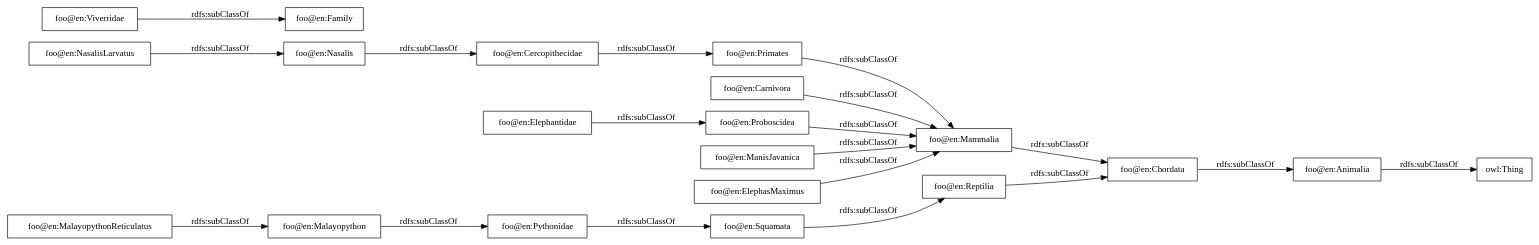
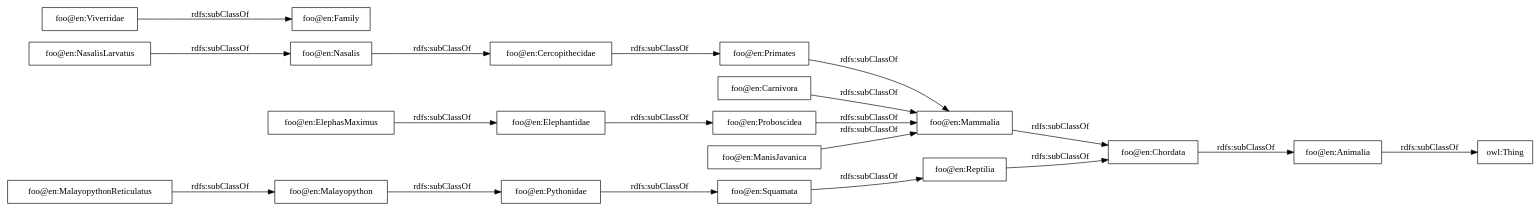
Before and after one commit to Naeima/foo_html: the diagram in OnToology/doc.ttl/diagrams/ar2dtool-taxonomy/doc.ttl.png.dot, drawn with Graphviz. The commit also changed 11 other files, not shown here.

```diff
--- a/OnToology/doc.ttl/diagrams/ar2dtool-taxonomy/doc.ttl.png.dot
+++ b/OnToology/doc.ttl/diagrams/ar2dtool-taxonomy/doc.ttl.png.dot
@@ -1,24 +1,24 @@
 digraph ar2dtool_diagram { 
 rankdir=LR;
 size="1000"
 node [shape = rectangle, color="black"]; "foo@en:Squamata" "foo@en:Mammalia" "foo@en:Animalia" "foo@en:Primates" "foo@en:Carnivora" "foo@en:Viverridae" "foo@en:Elephantidae" "foo@en:Reptilia" "foo@en:Proboscidea" "foo@en:Chordata" ; /*classes style*/
 	"foo@en:Cercopithecidae" -> "foo@en:Primates" [ label = "rdfs:subClassOf" ];
 	"foo@en:Chordata" -> "foo@en:Animalia" [ label = "rdfs:subClassOf" ];
 	"foo@en:Squamata" -> "foo@en:Reptilia" [ label = "rdfs:subClassOf" ];
 	"foo@en:Elephantidae" -> "foo@en:Proboscidea" [ label = "rdfs:subClassOf" ];
 	"foo@en:Proboscidea" -> "foo@en:Mammalia" [ label = "rdfs:subClassOf" ];
 	"foo@en:Reptilia" -> "foo@en:Chordata" [ label = "rdfs:subClassOf" ];
 	"foo@en:ManisJavanica" -> "foo@en:Mammalia" [ label = "rdfs:subClassOf" ];
 	"foo@en:Nasalis" -> "foo@en:Cercopithecidae" [ label = "rdfs:subClassOf" ];
 	"foo@en:Viverridae" -> "foo@en:Family" [ label = "rdfs:subClassOf" ];
-	"foo@en:ElephasMaximus" -> "foo@en:Mammalia" [ label = "rdfs:subClassOf" ];
+	"foo@en:ElephasMaximus" -> "foo@en:Elephantidae" [ label = "rdfs:subClassOf" ];
 	"foo@en:Animalia" -> "owl:Thing" [ label = "rdfs:subClassOf" ];
 	"foo@en:Malayopython" -> "foo@en:Pythonidae" [ label = "rdfs:subClassOf" ];
 	"foo@en:Carnivora" -> "foo@en:Mammalia" [ label = "rdfs:subClassOf" ];
 	"foo@en:Mammalia" -> "foo@en:Chordata" [ label = "rdfs:subClassOf" ];
 	"foo@en:MalayopythonReticulatus" -> "foo@en:Malayopython" [ label = "rdfs:subClassOf" ];
 	"foo@en:Pythonidae" -> "foo@en:Squamata" [ label = "rdfs:subClassOf" ];
 	"foo@en:Primates" -> "foo@en:Mammalia" [ label = "rdfs:subClassOf" ];
 	"foo@en:NasalisLarvatus" -> "foo@en:Nasalis" [ label = "rdfs:subClassOf" ];
 
 }
```
